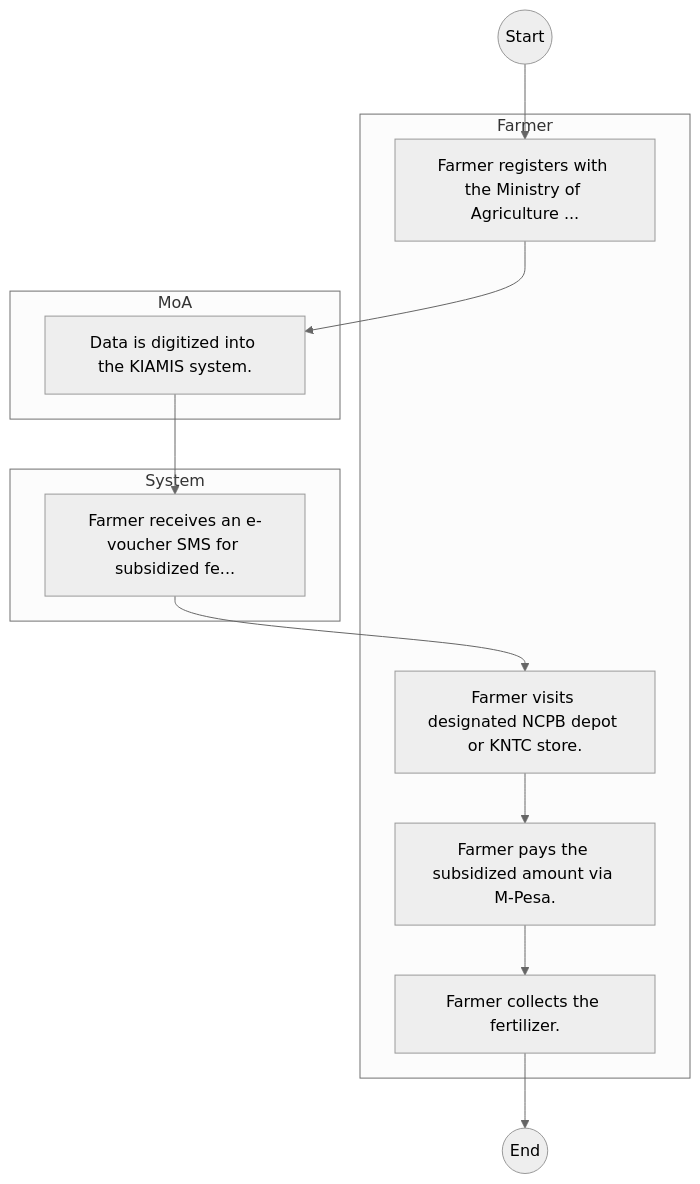
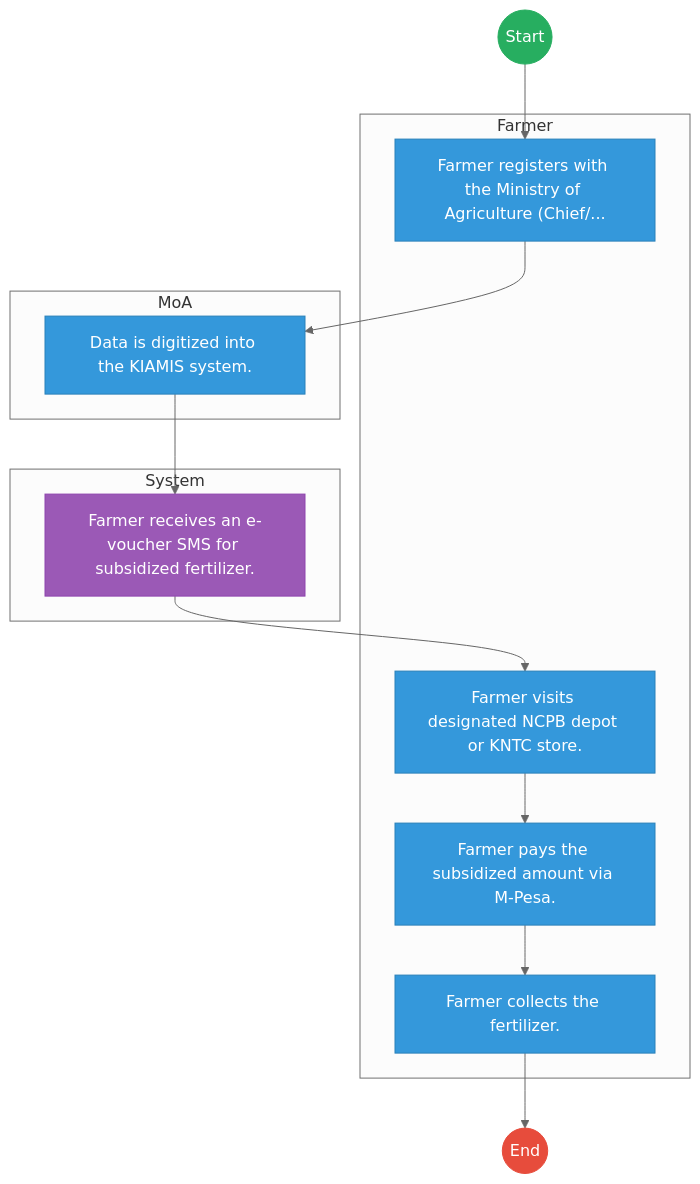
The first of 2 diagrams in mdas/docs_final/National_Cereals_and_Produce_Board___Service_Delivery.md (BITZ-IT-Consulting-LTD/ictapoc), drawn with Mermaid (neutral theme) before and after one commit. The commit also changed other lines of this file and 461 other files, not shown here.

````diff
--- a/mdas/docs_final/National_Cereals_and_Produce_Board___Service_Delivery.md
+++ b/mdas/docs_final/National_Cereals_and_Produce_Board___Service_Delivery.md
@@ -20,22 +20,35 @@
 ```mermaid
 graph TD
     Start((Start)) --> S1
+
     subgraph Farmer [Farmer]
-        S1["Farmer registers with the Ministry of Agriculture ..."]
+        S1["Farmer registers with the Ministry of Agriculture (Chief/..."]
         S4["Farmer visits designated NCPB depot or KNTC store."]
         S5["Farmer pays the subsidized amount via M-Pesa."]
         S6["Farmer collects the fertilizer."]
     end
+
     subgraph MoA [MoA]
         S2["Data is digitized into the KIAMIS system."]
     end
+
     subgraph System [System]
-        S3["Farmer receives an e-voucher SMS for subsidized fe..."]
+        S3["Farmer receives an e-voucher SMS for subsidized fertilizer."]
     end
     S1 --> S2
     S2 --> S3
     S3 --> S4
     S4 --> S5
     S5 --> S6
     S6 --> End((End))
+
+    classDef start fill:#27ae60,stroke:#27ae60,color:#fff;
+    classDef endNode fill:#e74c3c,stroke:#e74c3c,color:#fff;
+    classDef userTask fill:#3498db,stroke:#2980b9,color:#fff;
+    classDef serviceTask fill:#9b59b6,stroke:#8e44ad,color:#fff;
+
+    class Start start;
+    class End endNode;
+    class S1,S2,S4,S5,S6 userTask;
+    class S3 serviceTask;
 ```
````
